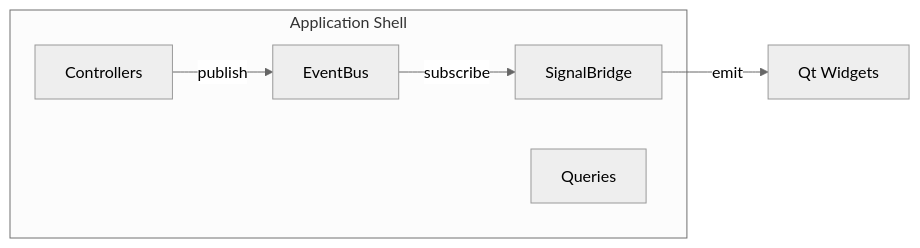
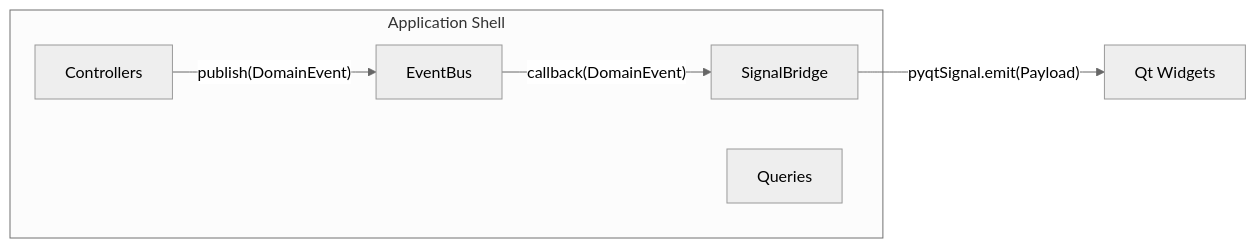
One commit to scope-impact/QualCoder-v2 changed the fourth of 7 diagrams in backlog/docs/doc-002 architecture.md. Above: the diagram before and after it, drawn with Mermaid (neutral theme). The commit also changed other lines of this file and 1 other file, not shown here.

First line of the commit message:
docs(architecture): add protocol labels to C4 diagrams

````diff
--- a/backlog/docs/doc-002 architecture.md
+++ b/backlog/docs/doc-002 architecture.md
@@ -133,13 +133,13 @@
 ```mermaid
 graph LR
     subgraph Application Shell
         EB[EventBus]
         SB[SignalBridge]
         CTRL[Controllers]
         QRY[Queries]
     end
 
-    CTRL -- publish --> EB
-    EB -- subscribe --> SB
-    SB -- emit --> UI[Qt Widgets]
+    CTRL -- "publish(DomainEvent)" --> EB
+    EB -- "callback(DomainEvent)" --> SB
+    SB -- "pyqtSignal.emit(Payload)" --> UI[Qt Widgets]
 ```
````
